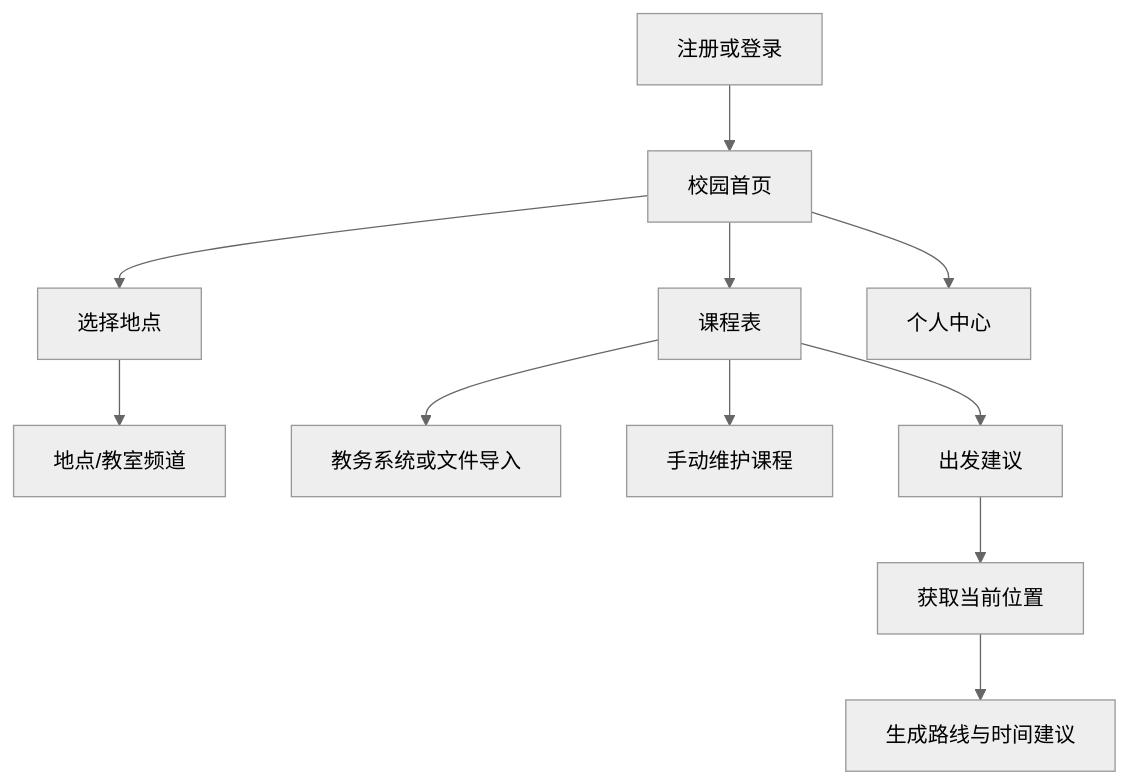
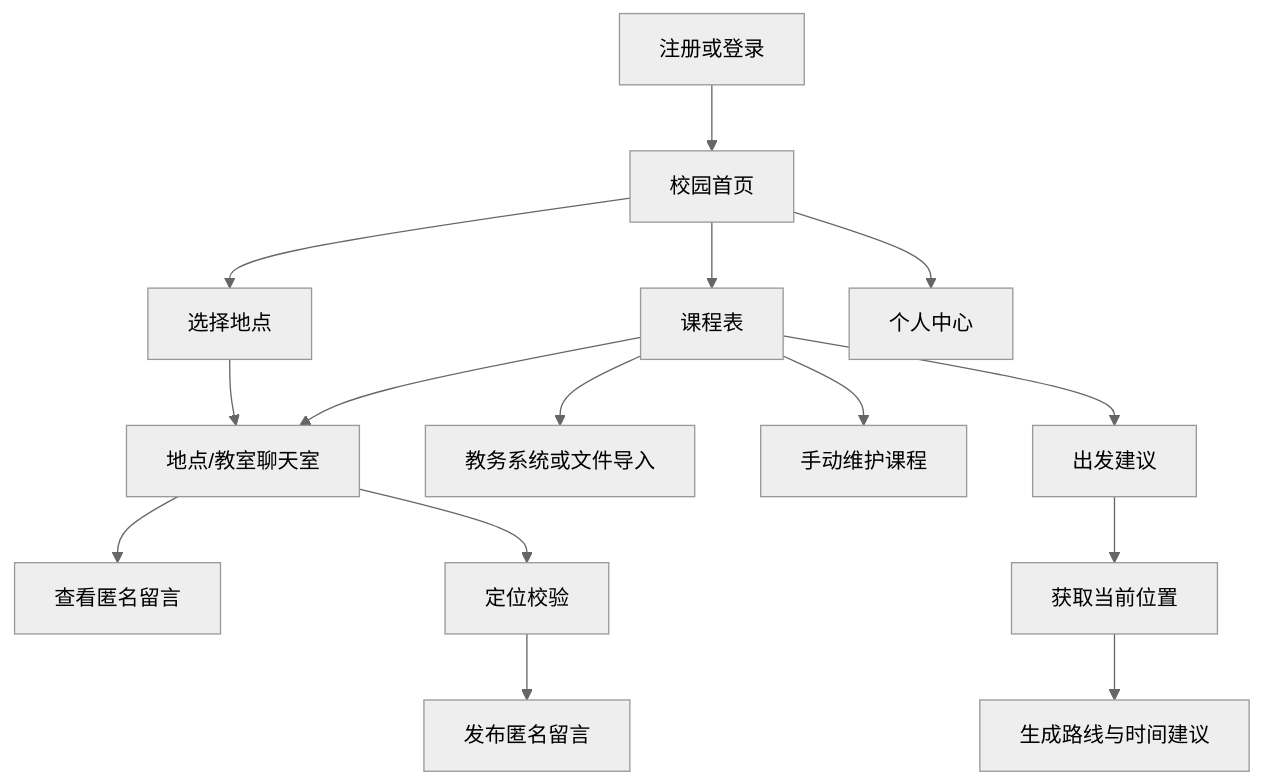
One commit to future1252025-png/zhixing changed the diagram in docs/USER_FLOW.md. Above: the diagram before and after it, drawn with Mermaid (neutral theme). The commit also changed other lines of this file and 11 other files, not shown here.

````diff
--- a/docs/USER_FLOW.md
+++ b/docs/USER_FLOW.md
@@ -3,13 +3,17 @@
 ```mermaid
 flowchart TD
   Login["注册或登录"] --> Home["校园首页"]
   Home --> Place["选择地点"]
-  Place --> Channel["地点/教室频道"]
+  Place --> Channel["地点/教室聊天室"]
+  Courses --> Channel
+  Channel --> Read["查看匿名留言"]
+  Channel --> Verify["定位校验"]
+  Verify --> Post["发布匿名留言"]
   Home --> Courses["课程表"]
   Courses --> Import["教务系统或文件导入"]
   Courses --> Edit["手动维护课程"]
   Courses --> Depart["出发建议"]
   Depart --> Locate["获取当前位置"]
   Locate --> Route["生成路线与时间建议"]
   Home --> Profile["个人中心"]
 ```
````
